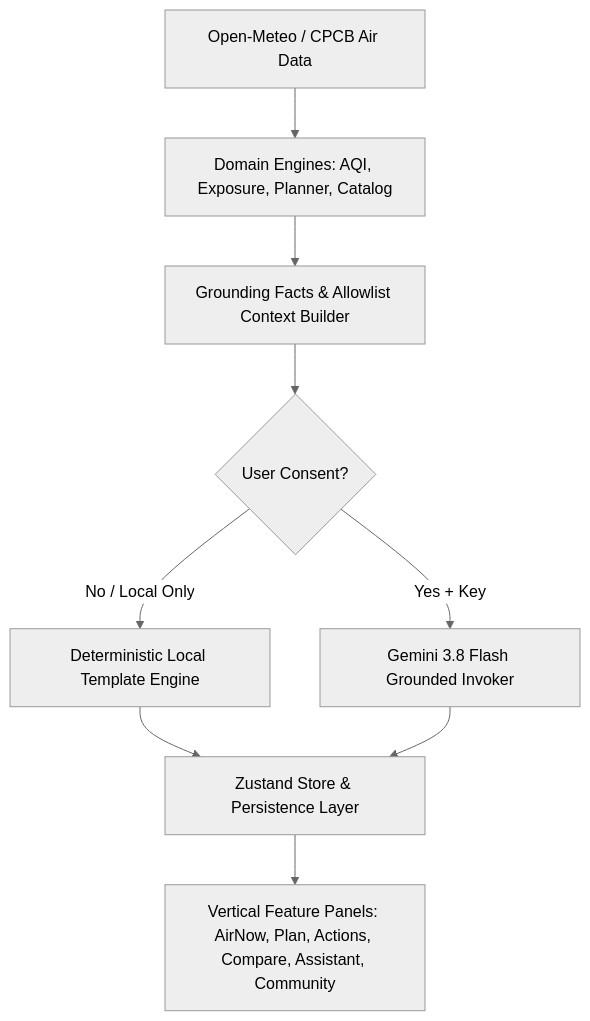
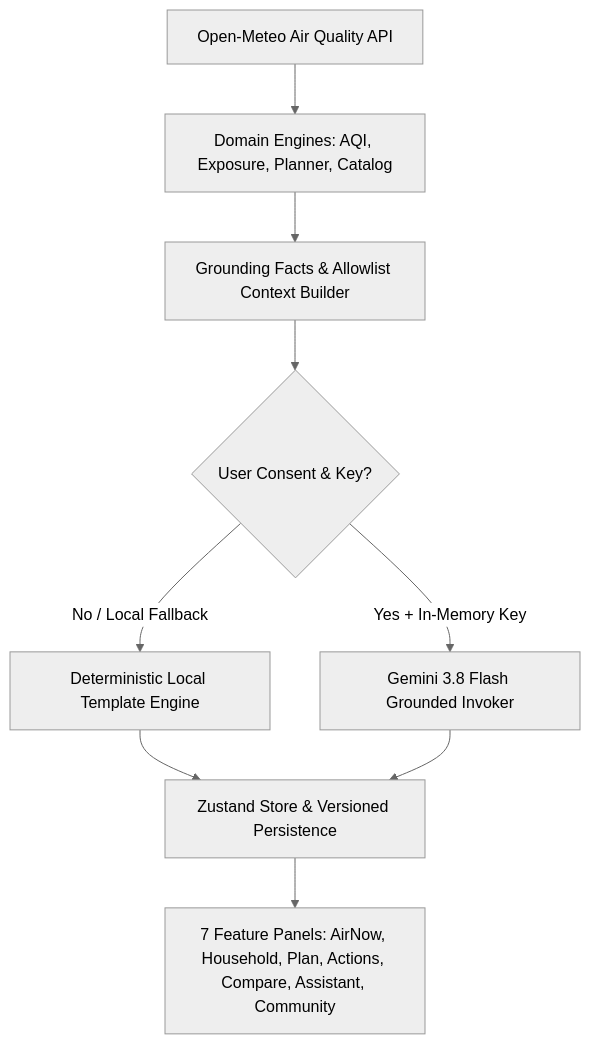
One commit to akshayjadhav237237-cmd/clearbreath changed the diagram in README.md. Above: the diagram before and after it, drawn with Mermaid (neutral theme). The commit also changed other lines of this file and 4 other files, not shown here.

````diff
--- a/README.md
+++ b/README.md
@@ -29,11 +27,11 @@
 ```mermaid
 graph TD
-  A[Open-Meteo / CPCB Air Data] --> B[Domain Engines: AQI, Exposure, Planner, Catalog]
+  A[Open-Meteo Air Quality API] --> B[Domain Engines: AQI, Exposure, Planner, Catalog]
   B --> C[Grounding Facts & Allowlist Context Builder]
-  C --> D{User Consent?}
-  D -- No / Local Only --> E[Deterministic Local Template Engine]
-  D -- Yes + Key --> F[Gemini 3.8 Flash Grounded Invoker]
-  E --> G[Zustand Store & Persistence Layer]
+  C --> D{User Consent & Key?}
+  D -- No / Local Fallback --> E[Deterministic Local Template Engine]
+  D -- Yes + In-Memory Key --> F[Gemini 3.8 Flash Grounded Invoker]
+  E --> G[Zustand Store & Versioned Persistence]
   F --> G
-  G --> H[Vertical Feature Panels: AirNow, Plan, Actions, Compare, Assistant, Community]
+  G --> H[7 Feature Panels: AirNow, Household, Plan, Actions, Compare, Assistant, Community]
 ```
````
